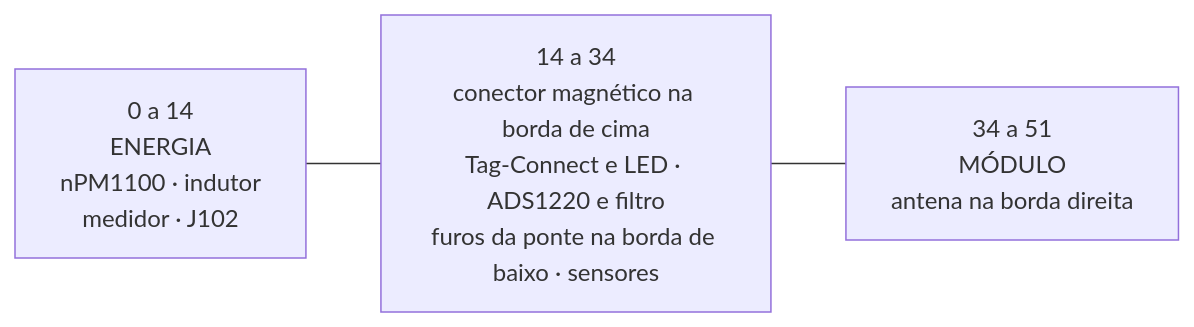
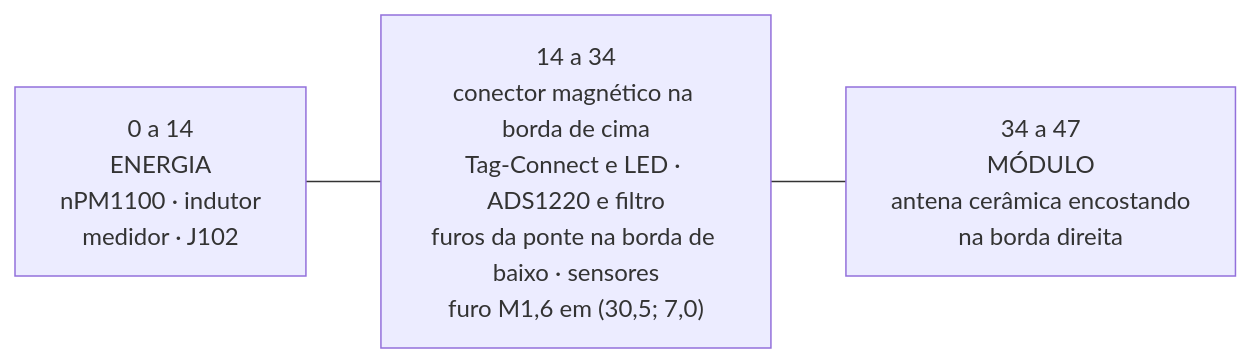
Before and after one commit to Guiimartinho/bike-powermeter: the diagram in hardware_powermeter/04-placa.md, drawn with Mermaid. The commit also changed other lines of this file and 2 other files, not shown here.

````diff
--- a/hardware_powermeter/04-placa.md
+++ b/hardware_powermeter/04-placa.md
@@ -90,7 +76,7 @@
 ```mermaid
 flowchart LR
     E["0 a 14<br/>ENERGIA<br/>nPM1100 · indutor<br/>medidor · J102"]
-    C["14 a 34<br/>conector magnético na borda de cima<br/>Tag-Connect e LED · ADS1220 e filtro<br/>furos da ponte na borda de baixo · sensores"]
-    M["34 a 51<br/>MÓDULO<br/>antena na borda direita"]
+    C["14 a 34<br/>conector magnético na borda de cima<br/>Tag-Connect e LED · ADS1220 e filtro<br/>furos da ponte na borda de baixo · sensores<br/>furo M1,6 em (30,5; 7,0)"]
+    M["34 a 47<br/>MÓDULO<br/>antena cerâmica encostando<br/>na borda direita"]
     E --- C --- M
 ```
````
